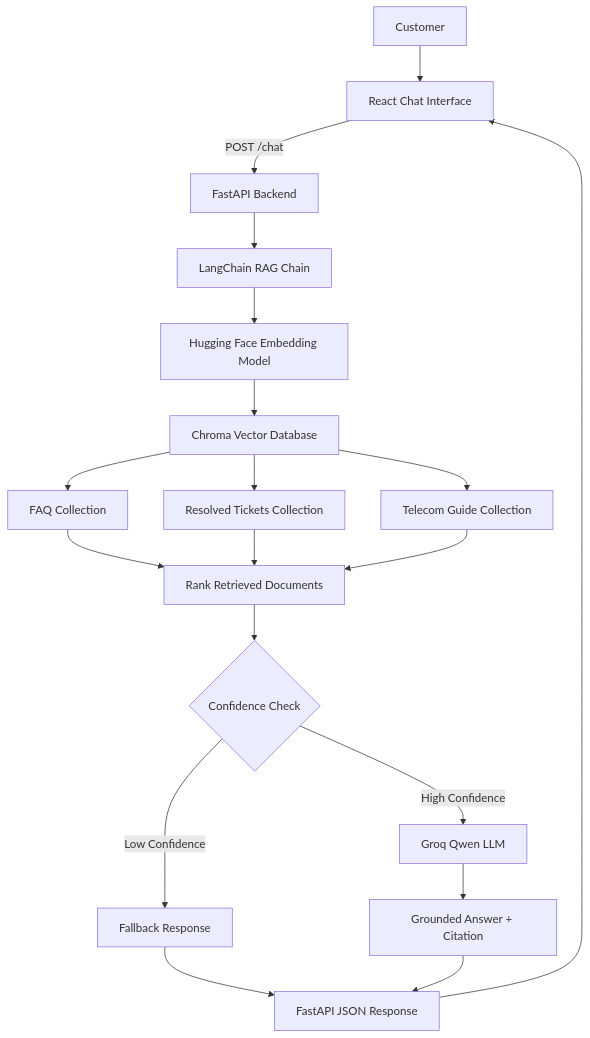
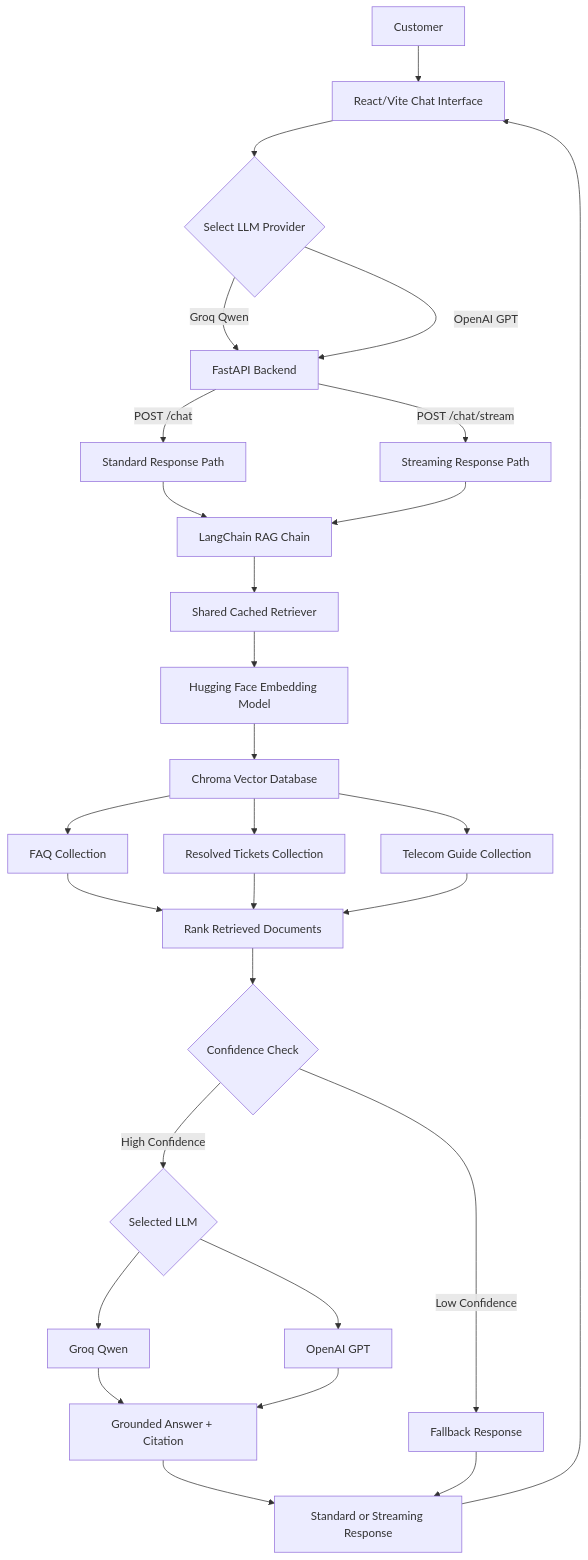
The diagram in README.md (ujoy100/telecom-rag-chatbot), drawn with Mermaid before and after one commit. The commit also changed other lines of this file and 10 other files, not shown here.

Commit message:
Add multi-provider LLM selection and streaming responses

````diff
--- a/README.md
+++ b/README.md
@@ -82,34 +97,40 @@
-```mermaid
+``` mermaid
 flowchart TD
+    A[Customer] --> B[React/Vite Chat Interface]
+    B --> C{Select LLM Provider}
+    C -->|Groq Qwen| D[FastAPI Backend]
+    C -->|OpenAI GPT| D
 
-    A[Customer] --> B[React Chat Interface]
+    D -->|POST /chat| E[Standard Response Path]
+    D -->|POST /chat/stream| F[Streaming Response Path]
 
-    B -->|POST /chat| C[FastAPI Backend]
+    E --> G[LangChain RAG Chain]
+    F --> G
 
-    C --> D[LangChain RAG Chain]
+    G --> H[Shared Cached Retriever]
+    H --> I[Hugging Face Embedding Model]
+    I --> J[Chroma Vector Database]
 
-    D --> E[Hugging Face Embedding Model]
+    J --> K[FAQ Collection]
+    J --> L[Resolved Tickets Collection]
+    J --> M[Telecom Guide Collection]
 
-    E --> F[Chroma Vector Database]
+    K --> N[Rank Retrieved Documents]
+    L --> N
+    M --> N
 
-    F --> G[FAQ Collection]
-    F --> H[Resolved Tickets Collection]
-    F --> I[Telecom Guide Collection]
+    N --> O{Confidence Check}
 
-    G --> J[Rank Retrieved Documents]
-    H --> J
-    I --> J
+    O -->|High Confidence| P{Selected LLM}
+    P --> Q[Groq Qwen]
+    P --> R[OpenAI GPT]
 
-    J --> K{Confidence Check}
+    O -->|Low Confidence| S[Fallback Response]
 
-    K -->|High Confidence| L[Groq Qwen LLM]
+    Q --> T[Grounded Answer + Citation]
+    R --> T
 
-    K -->|Low Confidence| M[Fallback Response]
-
-    L --> N[Grounded Answer + Citation]
-
-    M --> O[FastAPI JSON Response]
-    N --> O
-
-    O --> B
+    T --> U[Standard or Streaming Response]
+    S --> U
+    U --> B
 ```
````
